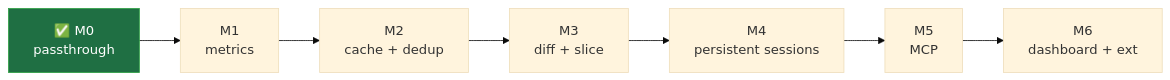
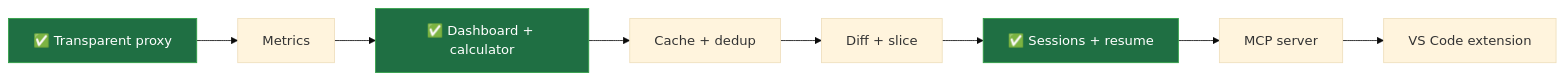
Before and after one commit to aliarsalan177/throttle.ai: the sixth of 6 diagrams in README.md, drawn with Mermaid (base theme). The commit also changed other lines of this file and 58 other files, not shown here.

First line of the commit message:
Add dashboard UI and token calculator

````diff
--- a/README.md
+++ b/README.md
@@ -220,5 +259,7 @@
 ```mermaid
 flowchart LR
-    M0["✅ M0<br/>passthrough"] --> M1["M1<br/>metrics"] --> M2["M2<br/>cache + dedup"] --> M3["M3<br/>diff + slice"] --> M4["M4<br/>persistent sessions"] --> M5["M5<br/>MCP"] --> M6["M6<br/>dashboard + ext"]
-    style M0 fill:#1f6f43,stroke:#2ea043,color:#fff
+    A["✅ Transparent proxy"] --> B["Metrics"] --> C["✅ Dashboard + calculator"] --> D["Cache + dedup"] --> E["Diff + slice"] --> F["✅ Sessions + resume"] --> G["MCP server"] --> H["VS Code extension"]
+    style A fill:#1f6f43,stroke:#2ea043,color:#fff
+    style C fill:#1f6f43,stroke:#2ea043,color:#fff
+    style F fill:#1f6f43,stroke:#2ea043,color:#fff
 ```
````
